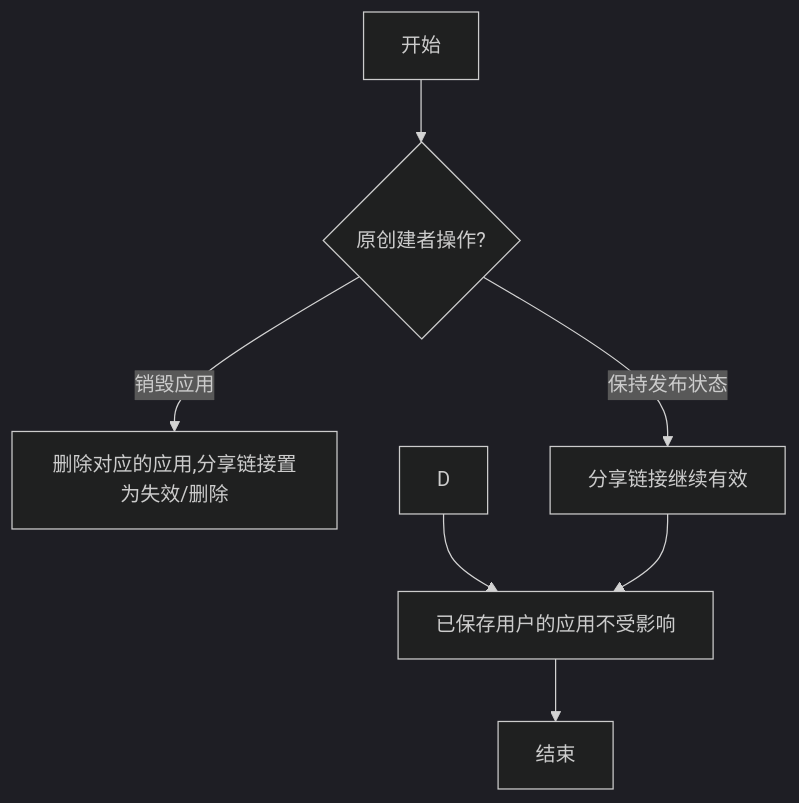
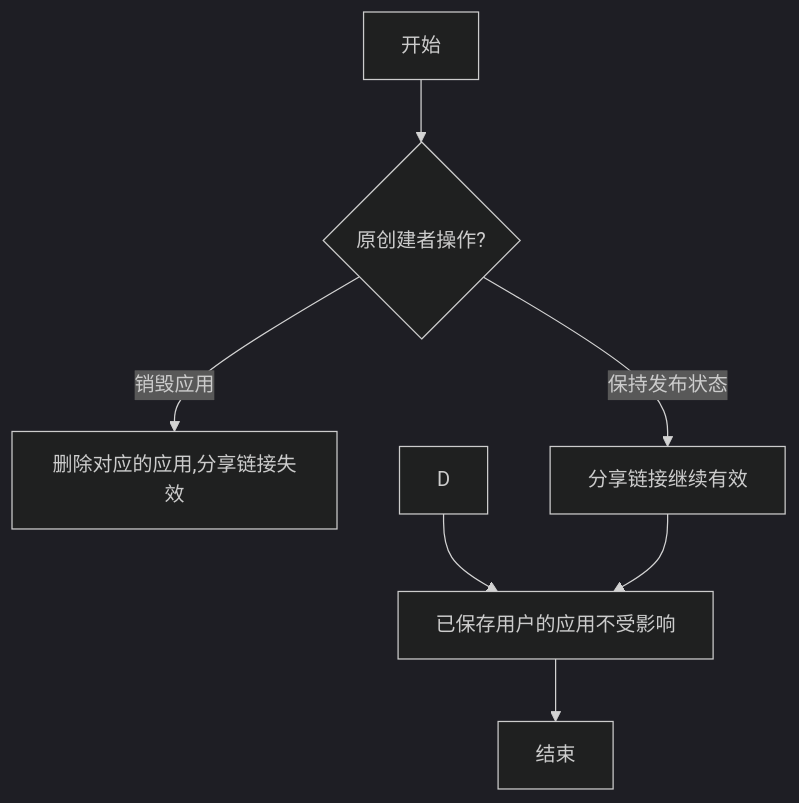
The diagram in all/未命名-64.md (yingjianzh/iodraw-files), drawn with Mermaid (dark theme) before and after one commit.

Commit message:
2025-05-21 18:33:32 update

````diff
--- a/all/未命名-64.md
+++ b/all/未命名-64.md
@@ -1,10 +1,10 @@
 ```mermaid
 flowchart TD
     A[开始] --> B{原创建者操作?}
-    B -->|销毁应用| C[删除对应的应用,分享链接置为失效/删除]
+    B -->|销毁应用| C[删除对应的应用,分享链接失效]
    
     B -->|保持发布状态| E[分享链接继续有效]
     D --> F[已保存用户的应用不受影响]
     E --> F
     F --> G[结束]
 ```
````
